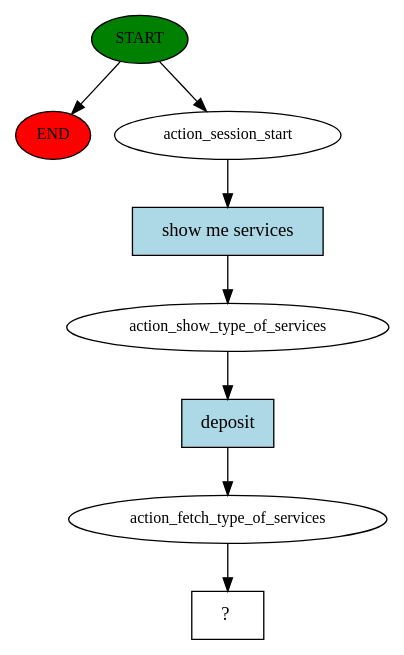
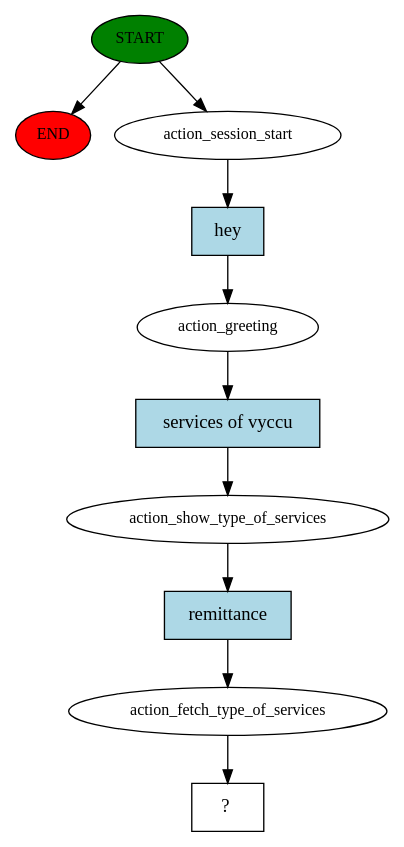
One commit to AakashTamang/Vyccu_bot changed the diagram in story_graph.dot. Above: the diagram before and after it, drawn with Graphviz. The commit also changed 19 other files, not shown here.

```diff
--- a/story_graph.dot
+++ b/story_graph.dot
@@ -1,17 +1,21 @@
 digraph  {
 0 [class="start active", fillcolor=green, fontsize=12, label=START, style=filled];
 "-1" [class=end, fillcolor=red, fontsize=12, label=END, style=filled];
 1 [class=active, fontsize=12, label=action_session_start];
-2 [class=active, fontsize=12, label=action_show_type_of_services];
-3 [class=active, fontsize=12, label=action_fetch_type_of_services];
-4 [class="intent dashed active", label="  ?  ", shape=rect];
-5 [class="intent active", fillcolor=lightblue, label="show me services", shape=rect, style=filled];
-6 [class="intent active", fillcolor=lightblue, label=deposit, shape=rect, style=filled];
+2 [class=active, fontsize=12, label=action_greeting];
+3 [class=active, fontsize=12, label=action_show_type_of_services];
+4 [class=active, fontsize=12, label=action_fetch_type_of_services];
+5 [class="intent dashed active", label="  ?  ", shape=rect];
+6 [class="intent active", fillcolor=lightblue, label=hey, shape=rect, style=filled];
+7 [class="intent active", fillcolor=lightblue, label="services of vyccu", shape=rect, style=filled];
+8 [class="intent active", fillcolor=lightblue, label=remittance, shape=rect, style=filled];
 0 -> "-1"  [class="", key=NONE, label=""];
 0 -> 1  [class=active, key=NONE, label=""];
-1 -> 5  [class=active, key=0];
-2 -> 6  [class=active, key=0];
-3 -> 4  [class=active, key=NONE, label=""];
-5 -> 2  [class=active, key=0];
-6 -> 3  [class=active, key=0];
+1 -> 6  [class=active, key=0];
+2 -> 7  [class=active, key=0];
+3 -> 8  [class=active, key=0];
+4 -> 5  [class=active, key=NONE, label=""];
+6 -> 2  [class=active, key=0];
+7 -> 3  [class=active, key=0];
+8 -> 4  [class=active, key=0];
 }
```
